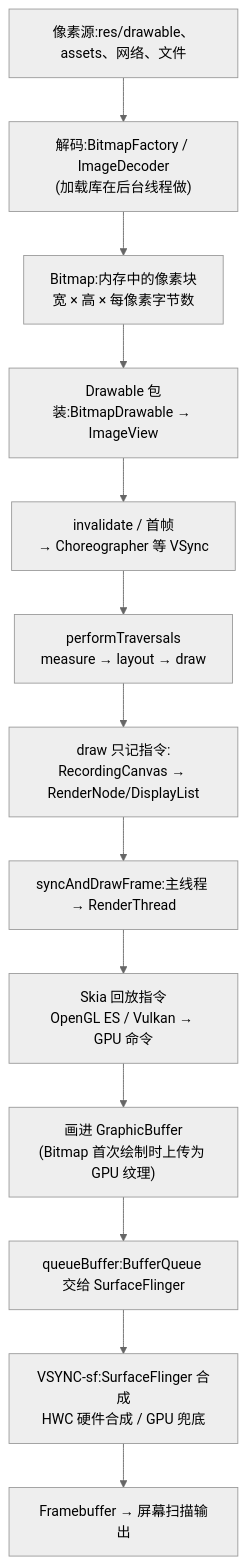
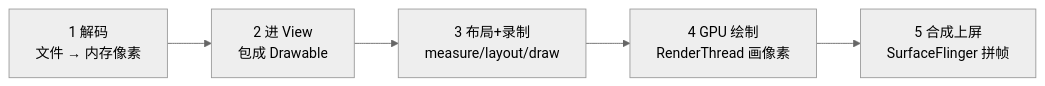
One commit to vchici/KnowledgeBase changed the diagram in docs/Android渲染/01-图片从代码到屏幕的全流程.md. Above: the diagram before and after it, drawn with Mermaid (neutral theme). The commit also changed other lines of this file and 1 other file, not shown here.

````diff
--- a/docs/Android渲染/01-图片从代码到屏幕的全流程.md
+++ b/docs/Android渲染/01-图片从代码到屏幕的全流程.md
@@ -7,15 +7,4 @@
 ```mermaid
-flowchart TD
-    A["像素源:res/drawable、assets、网络、文件"] --> B["解码:BitmapFactory / ImageDecoder<br/>(加载库在后台线程做)"]
-    B --> C["Bitmap:内存中的像素块<br/>宽 × 高 × 每像素字节数"]
-    C --> D["Drawable 包装:BitmapDrawable → ImageView"]
-    D --> E["invalidate / 首帧<br/>→ Choreographer 等 VSync"]
-    E --> F["performTraversals<br/>measure → layout → draw"]
-    F --> G["draw 只记指令:<br/>RecordingCanvas → RenderNode/DisplayList"]
-    G --> H["syncAndDrawFrame:主线程 → RenderThread"]
-    H --> I["Skia 回放指令<br/>OpenGL ES / Vulkan → GPU 命令"]
-    I --> J["画进 GraphicBuffer<br/>(Bitmap 首次绘制时上传为 GPU 纹理)"]
-    J --> K["queueBuffer:BufferQueue 交给 SurfaceFlinger"]
-    K --> L["VSYNC-sf:SurfaceFlinger 合成<br/>HWC 硬件合成 / GPU 兜底"]
-    L --> M["Framebuffer → 屏幕扫描输出"]
+flowchart LR
+    A["1 解码<br/>文件 → 内存像素"] --> B["2 进 View<br/>包成 Drawable"] --> C["3 布局+录制<br/>measure/layout/draw"] --> D["4 GPU 绘制<br/>RenderThread 画像素"] --> E["5 合成上屏<br/>SurfaceFlinger 拼帧"]
 ```
````
